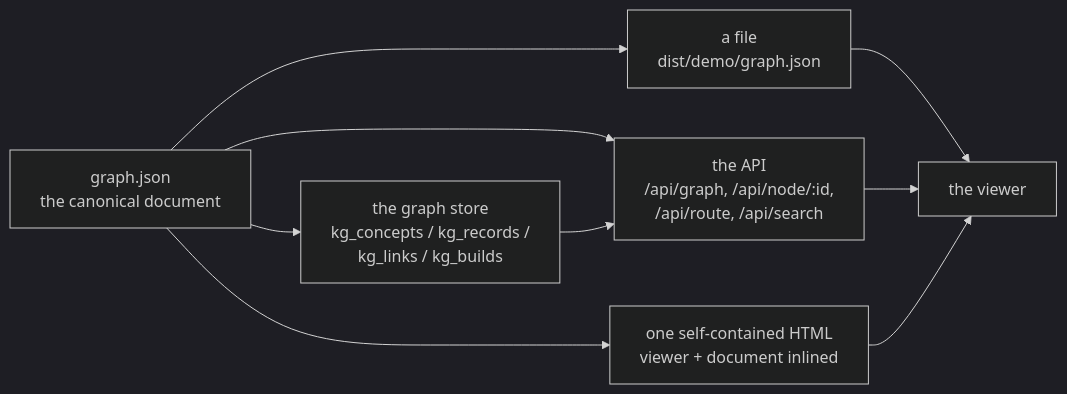
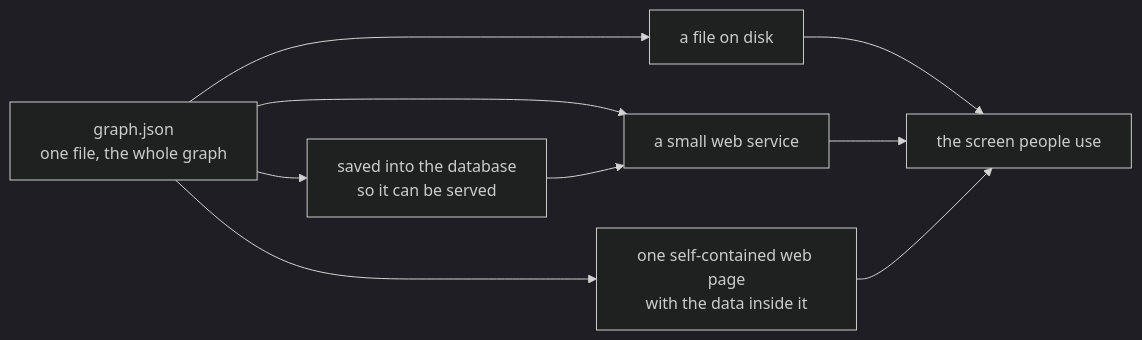
The eighth of 10 diagrams in docs/HOW-IT-WORKS.md (Prakhar-30/cropin-knowledge-graph), drawn with Mermaid (dark theme) before and after one commit. The commit also changed other lines of this file and 21 other files, not shown here.

````diff
--- a/docs/HOW-IT-WORKS.md
+++ b/docs/HOW-IT-WORKS.md
@@ -616,12 +671,12 @@
 ```mermaid
 flowchart LR
-  D["graph.json<br/>the canonical document"]
-  D --> A["a file<br/>dist/demo/graph.json"]
-  D --> B["the graph store<br/>kg_concepts / kg_records /<br/>kg_links / kg_builds"]
-  D --> C["the API<br/>/api/graph, /api/node/:id,<br/>/api/route, /api/search"]
-  D --> E["one self-contained HTML<br/>viewer + document inlined"]
-  A --> V["the viewer"]
+  D["graph.json<br/>one file, the whole graph"]
+  D --> A["a file on disk"]
+  D --> B["saved into the database<br/>so it can be served"]
+  D --> C["a small web service"]
+  D --> E["one self-contained web page<br/>with the data inside it"]
+  A --> V["the screen people use"]
   B --> C
   C --> V
   E --> V
 ```
````
